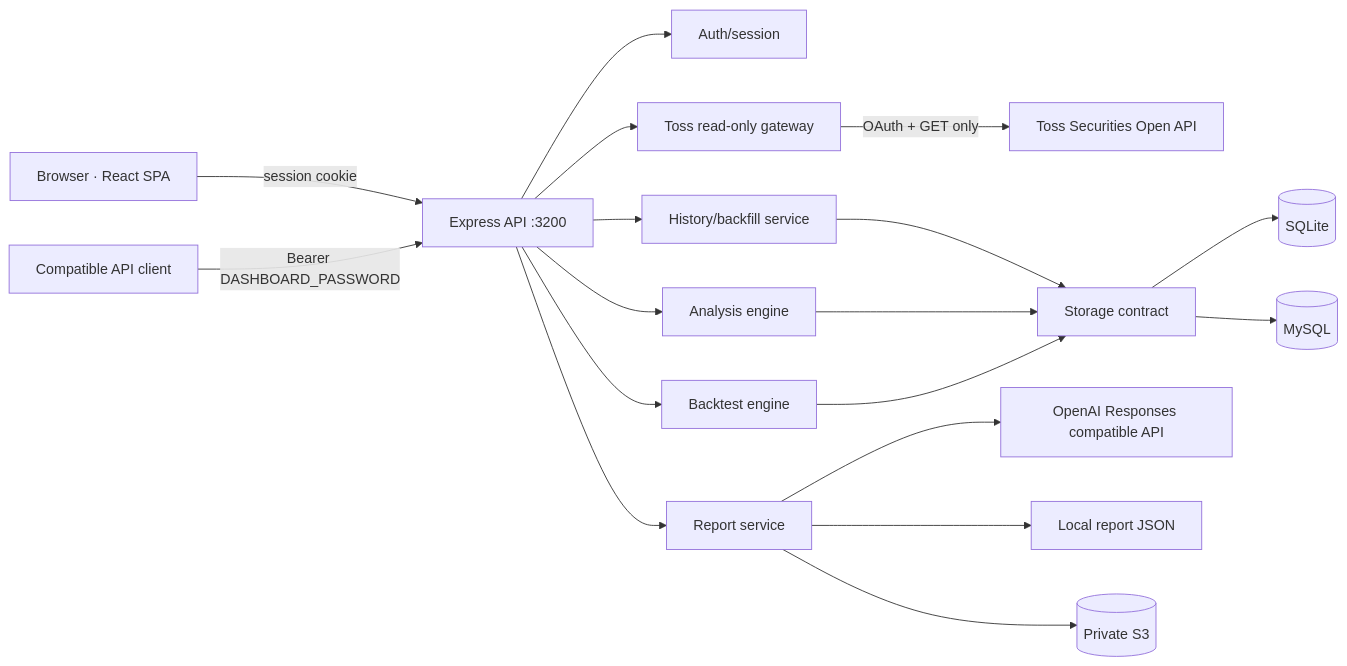
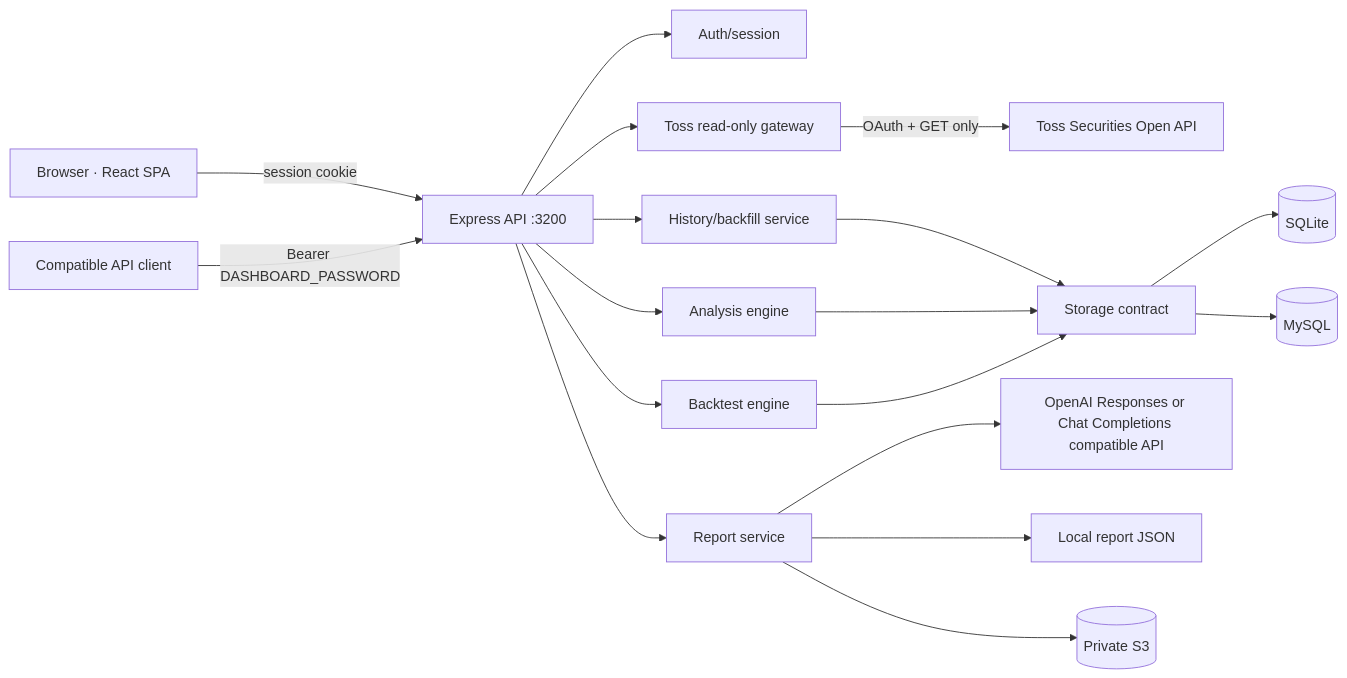
The first of 4 diagrams in kiro-workspace/.kiro/specs/toss-portfolio-lens-rebuild/design.md (uaysk/toss-portfolio-lens), drawn with Mermaid before and after one commit. The commit also changed other lines of this file and 25 other files, not shown here.

````diff
--- a/kiro-workspace/.kiro/specs/toss-portfolio-lens-rebuild/design.md
+++ b/kiro-workspace/.kiro/specs/toss-portfolio-lens-rebuild/design.md
@@ -16,20 +16,20 @@
 ```mermaid
 flowchart LR
     B[Browser · React SPA] -->|session cookie| E[Express API :3200]
     C[Compatible API client] -->|Bearer DASHBOARD_PASSWORD| E
     E --> A[Auth/session]
     E --> T[Toss read-only gateway]
     E --> H[History/backfill service]
     E --> N[Analysis engine]
     E --> BT[Backtest engine]
     E --> R[Report service]
     T -->|OAuth + GET only| TO[Toss Securities Open API]
     H --> S[Storage contract]
     N --> S
     BT --> S
     S --> SQ[(SQLite)]
     S --> MY[(MySQL)]
-    R --> OAI[OpenAI Responses compatible API]
+    R --> OAI[OpenAI Responses or Chat Completions compatible API]
     R --> LS[Local report JSON]
     R --> S3[(Private S3)]
 ```
````
